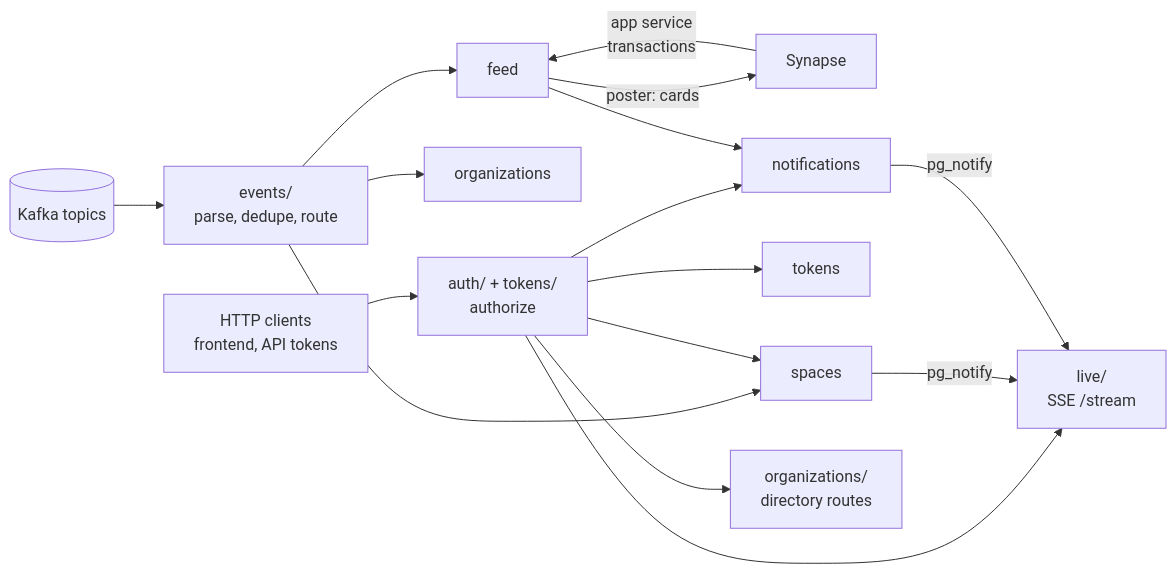
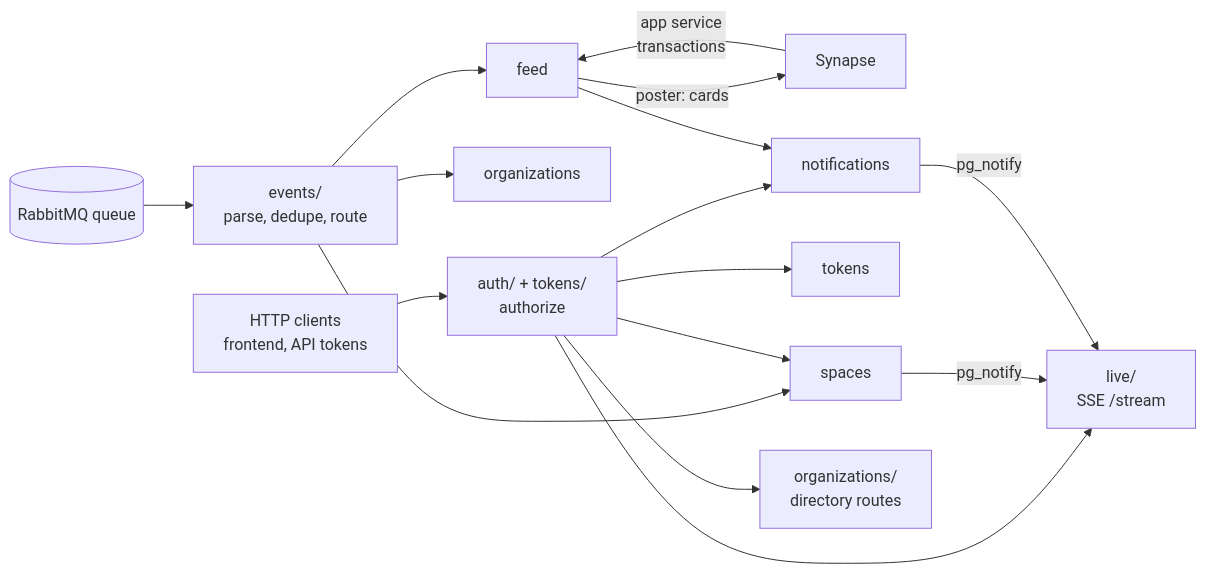
Before and after one commit to linagora/twake-space: the first of 2 diagrams in docs/backend-dev.md, drawn with Mermaid. The commit also changed other lines of this file and 4 other files, not shown here.

````diff
--- a/docs/backend-dev.md
+++ b/docs/backend-dev.md
@@ -29,11 +29,11 @@
 ```mermaid
 flowchart LR
-  kafka[(Kafka topics)] --> events["events/<br>parse, dedupe, route"]
+  rabbitmq[(RabbitMQ queue)] --> events["events/<br>parse, dedupe, route"]
   synapse[Synapse] -- "app service<br>transactions" --> feed
   events --> spaces & organizations & feed
   http["HTTP clients<br>frontend, API tokens"] --> auth["auth/ + tokens/<br>authorize"]
   auth --> spaces & tokens & notifications & directory["organizations/<br>directory routes"] & live
   feed --> notifications
   spaces & notifications -- "pg_notify" --> live["live/<br>SSE /stream"]
   feed -- "poster: cards" --> synapse
 ```
````
